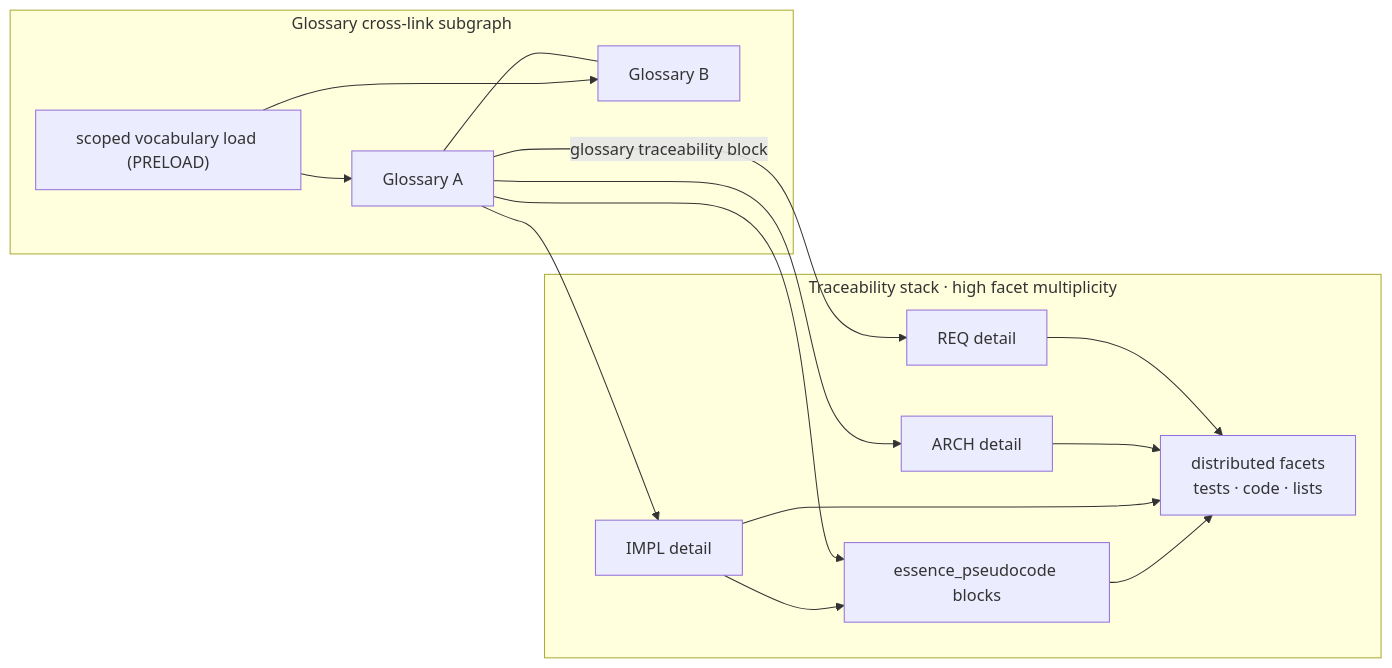
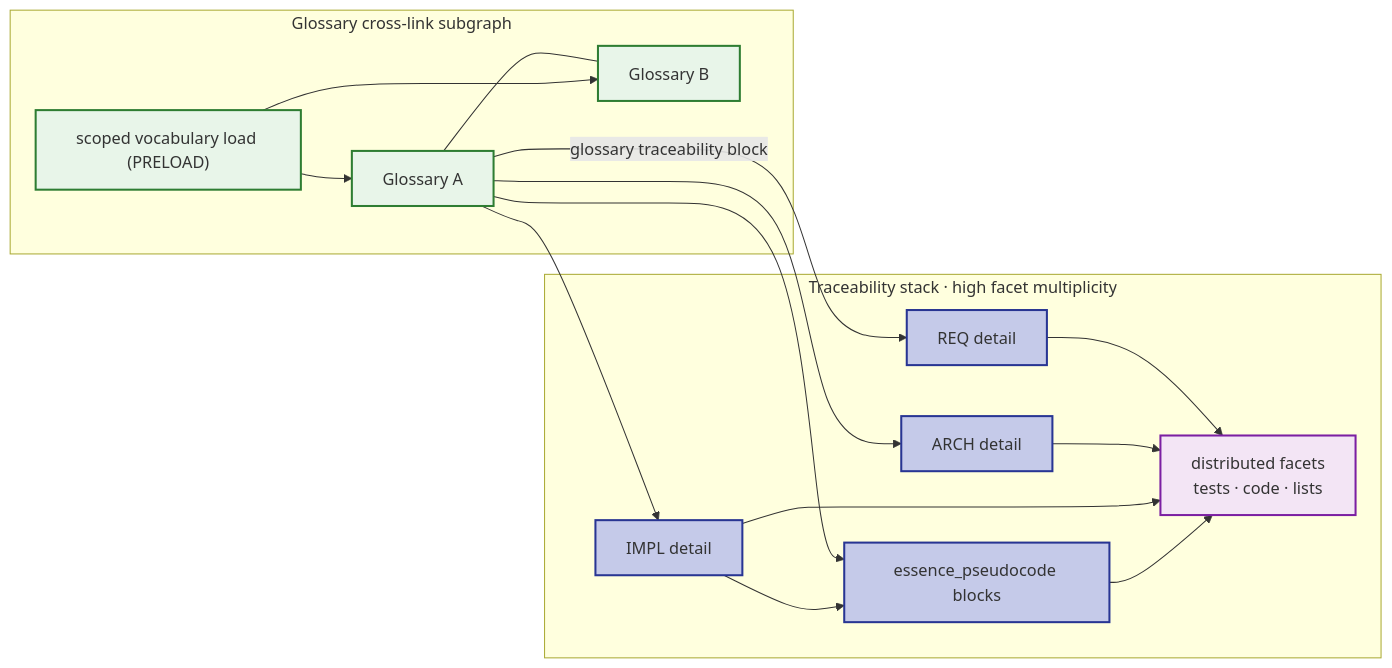
The first of 2 diagrams in docs/tied-domain-vocabulary-architecture.md (fareedst/tied), drawn with Mermaid before and after one commit. The commit also changed other lines of this file and 18 other files, not shown here.

First line of the commit message:
Add STDD vocab visual encoding registry and term color index.

````diff
--- a/docs/tied-domain-vocabulary-architecture.md
+++ b/docs/tied-domain-vocabulary-architecture.md
@@ -141,29 +141,34 @@
 ```mermaid
 flowchart LR
+  %% palette: docs/visual-encoding-standards.md
+  classDef domAdaptivePractice fill:#e8f5e9,stroke:#2e7d32,stroke-width:2px
+  classDef domTiedCorpus fill:#e7f0ff,stroke:#003366,stroke-width:2px
+  classDef domTokenRegistry fill:#c5cae9,stroke:#283593,stroke-width:2px
+  classDef domEvidenceAssurance fill:#f3e5f5,stroke:#7b1fa2,stroke-width:2px
   subgraph corpus["Glossary cross-link subgraph"]
-    R["scoped vocabulary load (PRELOAD)"]
-    G1["Glossary A"]
-    G2["Glossary B"]
+    R["scoped vocabulary load (PRELOAD)"]:::domAdaptivePractice
+    G1["Glossary A"]:::domAdaptivePractice
+    G2["Glossary B"]:::domAdaptivePractice
     G1 --- G2
   end
 
   subgraph stack["Traceability stack · high facet multiplicity"]
-    REQ["REQ detail"]
-    ARCH["ARCH detail"]
-    IMPL["IMPL detail"]
-    PC["essence_pseudocode blocks"]
-    F["distributed facets\ntests · code · lists"]
+    REQ["REQ detail"]:::domTokenRegistry
+    ARCH["ARCH detail"]:::domTokenRegistry
+    IMPL["IMPL detail"]:::domTokenRegistry
+    PC["essence_pseudocode blocks"]:::domTokenRegistry
+    F["distributed facets\ntests · code · lists"]:::domEvidenceAssurance
   end
 
   R --> G1
   R --> G2
   G1 -->|"glossary traceability block"| REQ
   G1 --> ARCH
   G1 --> IMPL
   G1 --> PC
   IMPL --> PC
   REQ --> F
   ARCH --> F
   IMPL --> F
   PC --> F
 ```
````
